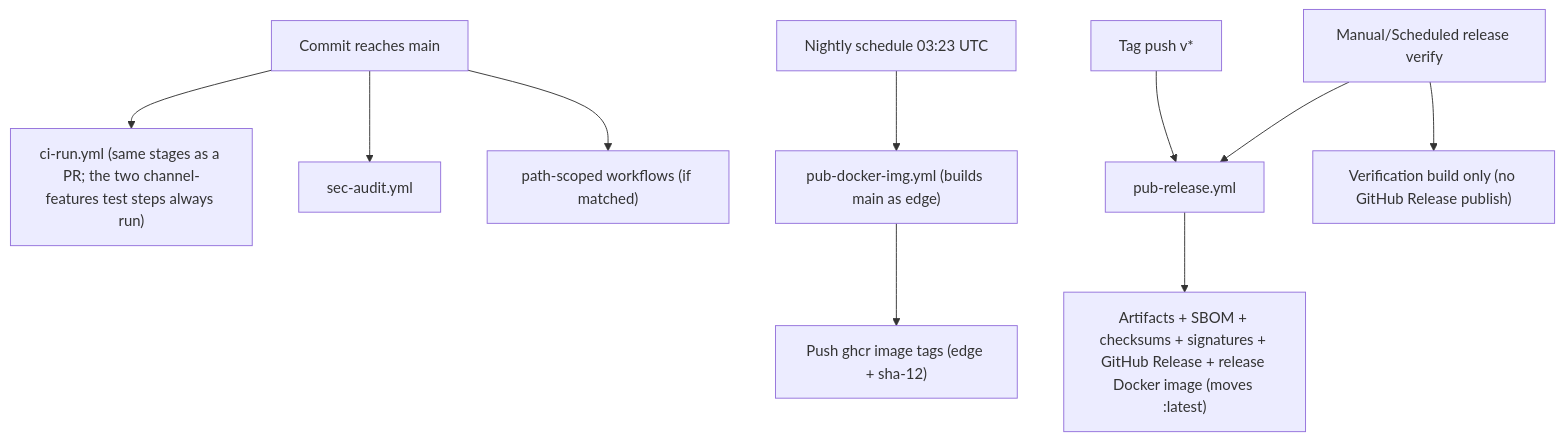
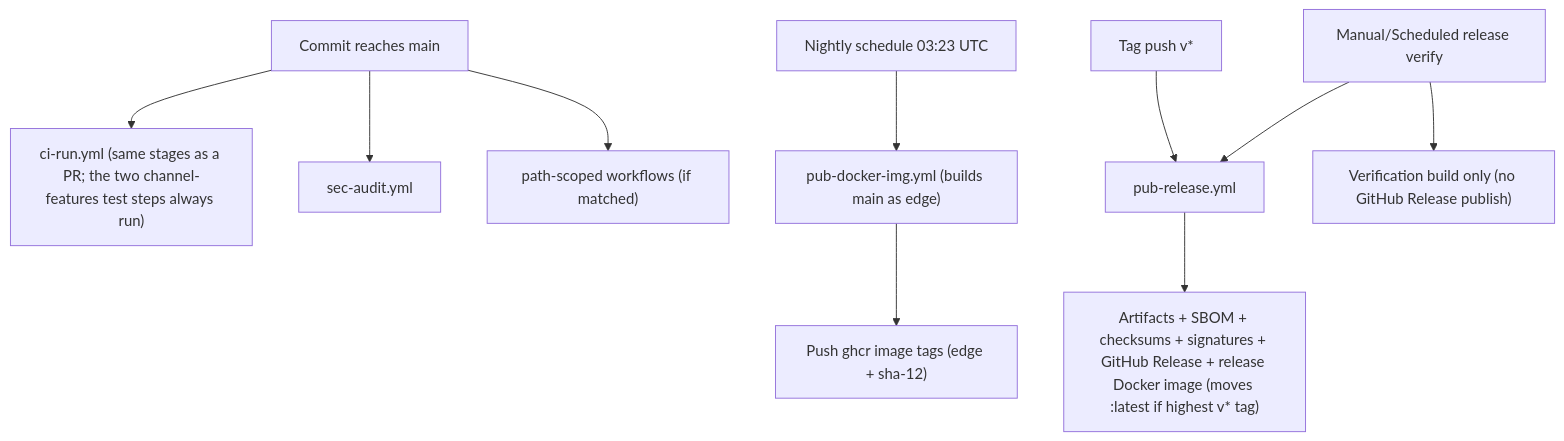
Before and after one commit to RantAI-dev/RantAIClaw: the second of 2 diagrams in .github/workflows/main-branch-flow.md, drawn with Mermaid. The commit also changed other lines of this file and 6 other files, not shown here.

````diff
--- a/.github/workflows/main-branch-flow.md
+++ b/.github/workflows/main-branch-flow.md
@@ -151,12 +151,12 @@
 ```mermaid
 flowchart TD
   A["Commit reaches main"] --> B["ci-run.yml (same stages as a PR; the two channel-features test steps always run)"]
   A --> C["sec-audit.yml"]
   A --> D["path-scoped workflows (if matched)"]
   N["Nightly schedule 03:23 UTC"] --> E["pub-docker-img.yml (builds main as edge)"]
   T["Tag push v*"] --> R["pub-release.yml"]
   W["Manual/Scheduled release verify"] --> R
-  R --> R1["Artifacts + SBOM + checksums + signatures + GitHub Release + release Docker image (moves :latest)"]
+  R --> R1["Artifacts + SBOM + checksums + signatures + GitHub Release + release Docker image (moves :latest if highest v* tag)"]
   W --> R2["Verification build only (no GitHub Release publish)"]
   E --> E1["Push ghcr image tags (edge + sha-12)"]
 ```
````
